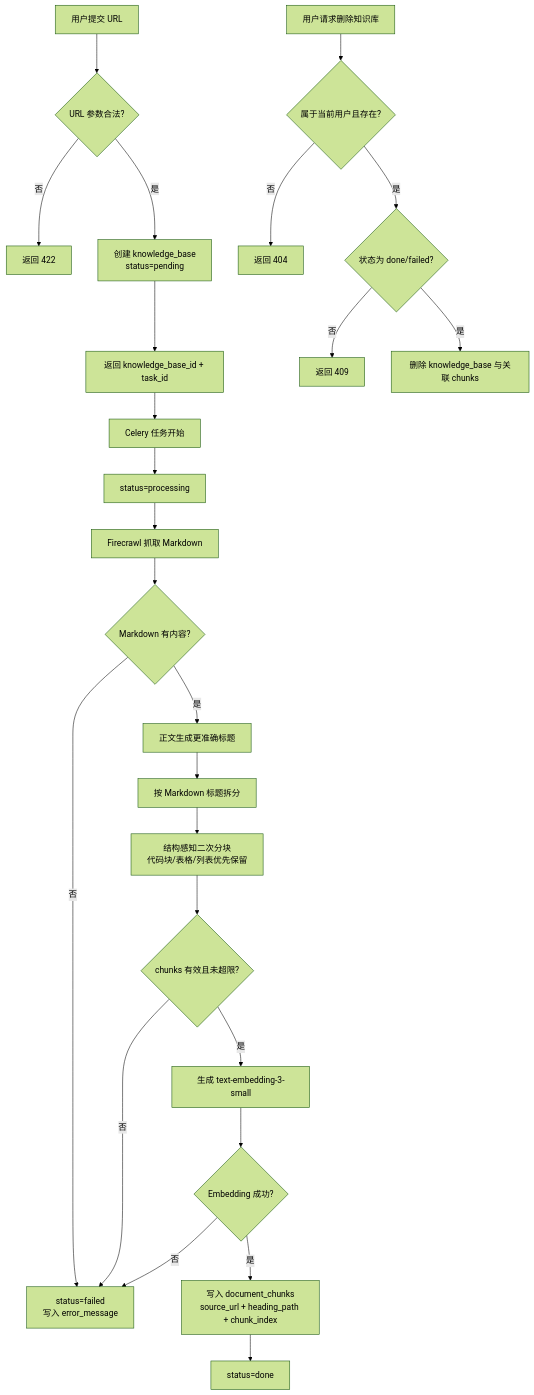
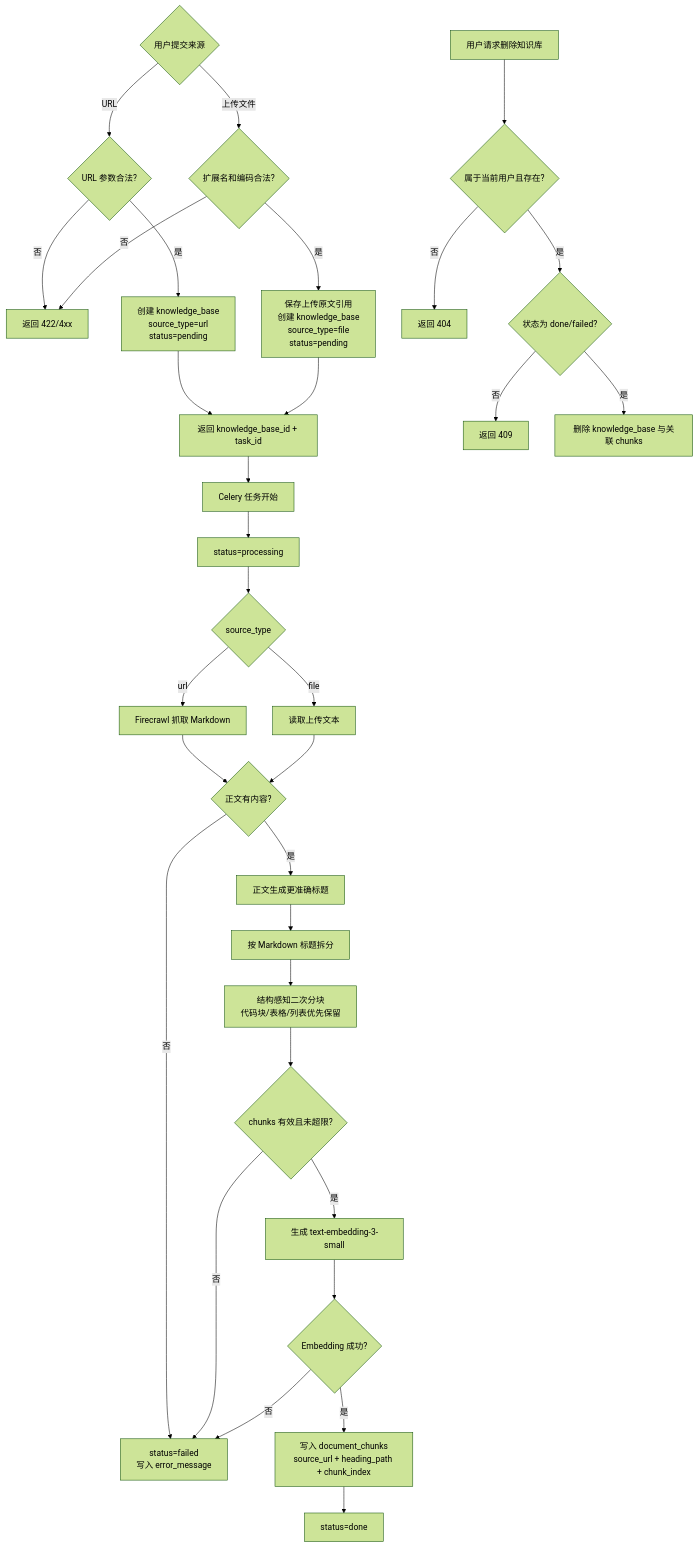
The diagram in spec/backend/knowledge-ingestion.md (ren-meng-xue/offer-copilot), drawn with Mermaid (forest theme) before and after one commit. The commit also changed other lines of this file and 1 other file, not shown here.

````diff
--- a/spec/backend/knowledge-ingestion.md
+++ b/spec/backend/knowledge-ingestion.md
@@ -278,28 +345,36 @@
 ```mermaid
 flowchart TD
-  A[用户提交 URL] --> B{URL 参数合法?}
-  B -- 否 --> C[返回 422]
-  B -- 是 --> D[创建 knowledge_base\nstatus=pending]
-  D --> E[返回 knowledge_base_id + task_id]
-  E --> F[Celery 任务开始]
-  F --> G[status=processing]
-  G --> H[Firecrawl 抓取 Markdown]
-  H --> I{Markdown 有内容?}
-  I -- 否 --> J[status=failed\n写入 error_message]
-  I -- 是 --> K[正文生成更准确标题]
-  K --> L[按 Markdown 标题拆分]
-  L --> M[结构感知二次分块\n代码块/表格/列表优先保留]
-  M --> N{chunks 有效且未超限?}
-  N -- 否 --> J
-  N -- 是 --> O[生成 text-embedding-3-small]
-  O --> P{Embedding 成功?}
-  P -- 否 --> J
-  P -- 是 --> Q[写入 document_chunks\nsource_url + heading_path + chunk_index]
-  Q --> R[status=done]
+  A{用户提交来源}
+  A -->|URL| B{URL 参数合法?}
+  A -->|上传文件| C{扩展名和编码合法?}
+  B -- 否 --> D[返回 422/4xx]
+  B -- 是 --> E[创建 knowledge_base\nsource_type=url\nstatus=pending]
+  C -- 否 --> D
+  C -- 是 --> F[保存上传原文引用\n创建 knowledge_base\nsource_type=file\nstatus=pending]
+  E --> G[返回 knowledge_base_id + task_id]
+  F --> G
+  G --> H[Celery 任务开始]
+  H --> I[status=processing]
+  I --> J{source_type}
+  J -->|url| K[Firecrawl 抓取 Markdown]
+  J -->|file| L[读取上传文本]
+  K --> M{正文有内容?}
+  L --> M
+  M -- 否 --> N[status=failed\n写入 error_message]
+  M -- 是 --> O[正文生成更准确标题]
+  O --> P[按 Markdown 标题拆分]
+  P --> Q[结构感知二次分块\n代码块/表格/列表优先保留]
+  Q --> R{chunks 有效且未超限?}
+  R -- 否 --> N
+  R -- 是 --> S[生成 text-embedding-3-small]
+  S --> T{Embedding 成功?}
+  T -- 否 --> N
+  T -- 是 --> U[写入 document_chunks\nsource_url + heading_path + chunk_index]
+  U --> V[status=done]
 
-  S[用户请求删除知识库] --> T{属于当前用户且存在?}
-  T -- 否 --> U[返回 404]
-  T -- 是 --> V{状态为 done/failed?}
-  V -- 否 --> W[返回 409]
-  V -- 是 --> X[删除 knowledge_base 与关联 chunks]
+  W[用户请求删除知识库] --> X{属于当前用户且存在?}
+  X -- 否 --> Y[返回 404]
+  X -- 是 --> Z{状态为 done/failed?}
+  Z -- 否 --> AA[返回 409]
+  Z -- 是 --> AB[删除 knowledge_base 与关联 chunks]
 ```
````
